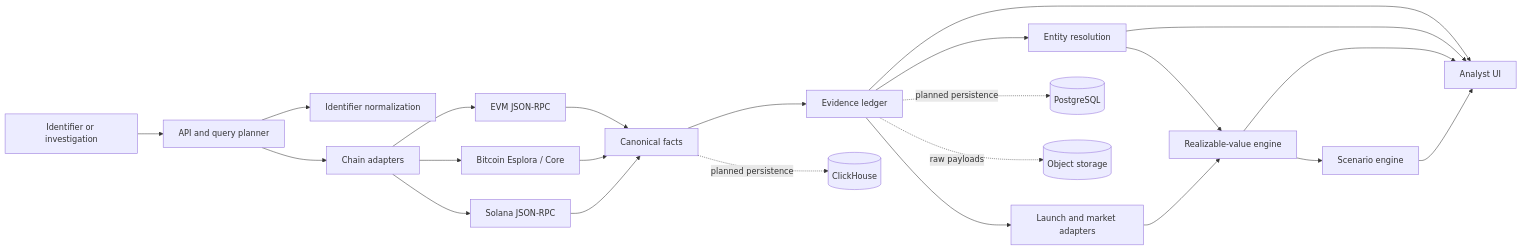
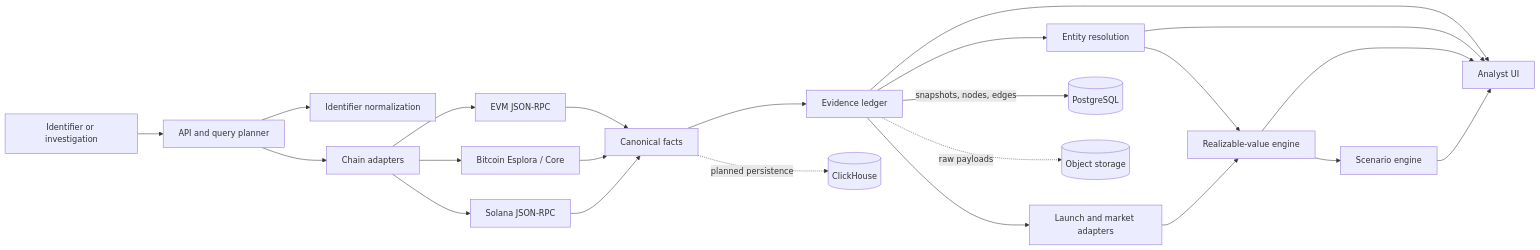
One commit to greywolf8888/ZeroTrace changed the diagram in README.md. Above: the diagram before and after it, drawn with Mermaid. The commit also changed other lines of this file and 38 other files, not shown here.

````diff
--- a/README.md
+++ b/README.md
@@ -65,28 +66,28 @@
 ```mermaid
 flowchart LR
   Q["Identifier or investigation"] --> G["API and query planner"]
   G --> I["Identifier normalization"]
   G --> C["Chain adapters"]
   C --> EVM["EVM JSON-RPC"]
   C --> BTC["Bitcoin Esplora / Core"]
   C --> SOL["Solana JSON-RPC"]
   EVM --> F["Canonical facts"]
   BTC --> F
   SOL --> F
   F --> EV["Evidence ledger"]
   EV --> ER["Entity resolution"]
   EV --> LM["Launch and market adapters"]
   ER --> RV["Realizable-value engine"]
   LM --> RV
   RV --> SC["Scenario engine"]
   EV --> UI["Analyst UI"]
   ER --> UI
   RV --> UI
   SC --> UI
   DB[("PostgreSQL")]
   CH[("ClickHouse")]
   OBJ[("Object storage")]
   F -. "planned persistence" .-> CH
-  EV -. "planned persistence" .-> DB
+  EV -->|"snapshots, nodes, edges"| DB
   EV -. "raw payloads" .-> OBJ
 ```
````
